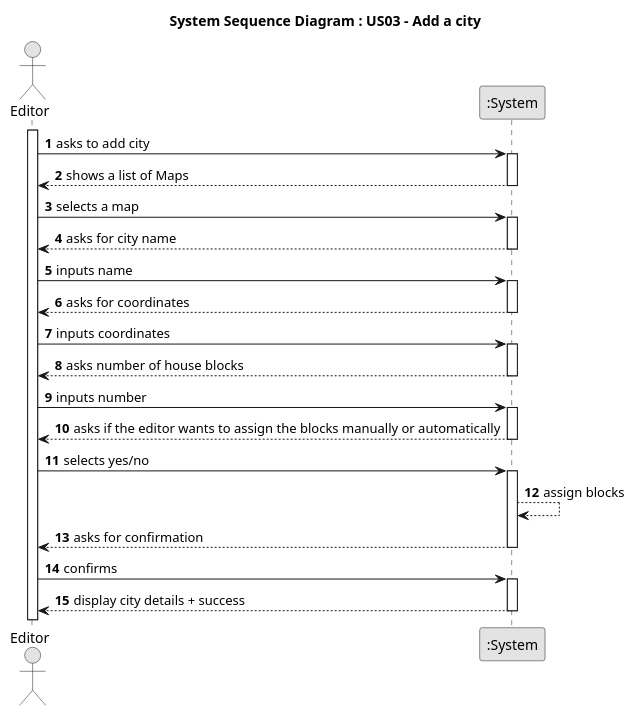
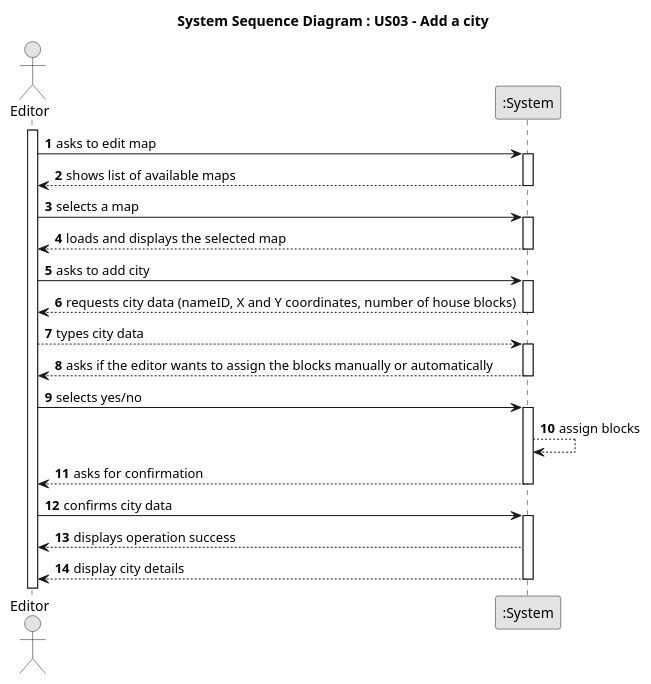
The diagram in docs/system-documentation/Sprint 2/US03/01.requirements-engineering/puml/US003-SSD.puml (HenriqueSilva18/Railway-Network-Simulator), drawn with PlantUML before and after one commit. The commit also changed 22 other files, not shown here.

```diff
--- a/docs/system-documentation/Sprint 2/US03/01.requirements-engineering/puml/US003-SSD.puml
+++ b/docs/system-documentation/Sprint 2/US03/01.requirements-engineering/puml/US003-SSD.puml
@@ -1,54 +1,47 @@
 @startuml
 
 skinparam monochrome true
 skinparam packageStyle rectangle
 skinparam shadowing false
 autonumber
 
 title System Sequence Diagram : US03 - Add a city
 
 actor "Editor" as Editor
 participant ":System" as AddCityUI
 
 activate Editor
+Editor -> AddCityUI : asks to edit map
+        activate AddCityUI
+            AddCityUI --> Editor: shows list of available maps
+        deactivate AddCityUI
+
+    Editor -> AddCityUI: selects a map
+        activate AddCityUI
+            AddCityUI --> Editor: loads and displays the selected map
+        deactivate AddCityUI
+
 Editor -> AddCityUI : asks to add city
         activate AddCityUI
 
-
-        AddCityUI --> Editor: shows a list of Maps
-        deactivate AddCityUI
-        Editor -> AddCityUI: selects a map
-        activate AddCityUI
-        AddCityUI --> Editor : asks for city name
+        AddCityUI --> Editor : requests city data (nameID, X and Y coordinates, number of house blocks)
         deactivate AddCityUI
 
-
-    Editor -> AddCityUI: inputs name
-
-        activate AddCityUI
-        AddCityUI --> Editor: asks for coordinates
-        deactivate AddCityUI
-    Editor -> AddCityUI: inputs coordinates
-        activate AddCityUI
-
-        AddCityUI --> Editor: asks number of house blocks
-        deactivate AddCityUI
-    Editor -> AddCityUI: inputs number
-        activate AddCityUI
-
+        Editor --> AddCityUI : types city data
+    activate AddCityUI
         AddCityUI --> Editor: asks if the editor wants to assign the blocks manually or automatically
         deactivate AddCityUI
     Editor -> AddCityUI: selects yes/no
         activate AddCityUI
         AddCityUI --> AddCityUI: assign blocks
         AddCityUI --> Editor: asks for confirmation
         deactivate AddCityUI
-        Editor -> AddCityUI: confirms
+        Editor -> AddCityUI: confirms city data
 
         activate AddCityUI
-        AddCityUI --> Editor: display city details + success
-
+        AddCityUI --> Editor: displays operation success
+        AddCityUI --> Editor: display city details
         deactivate AddCityUI
 
 
 @enduml
```
